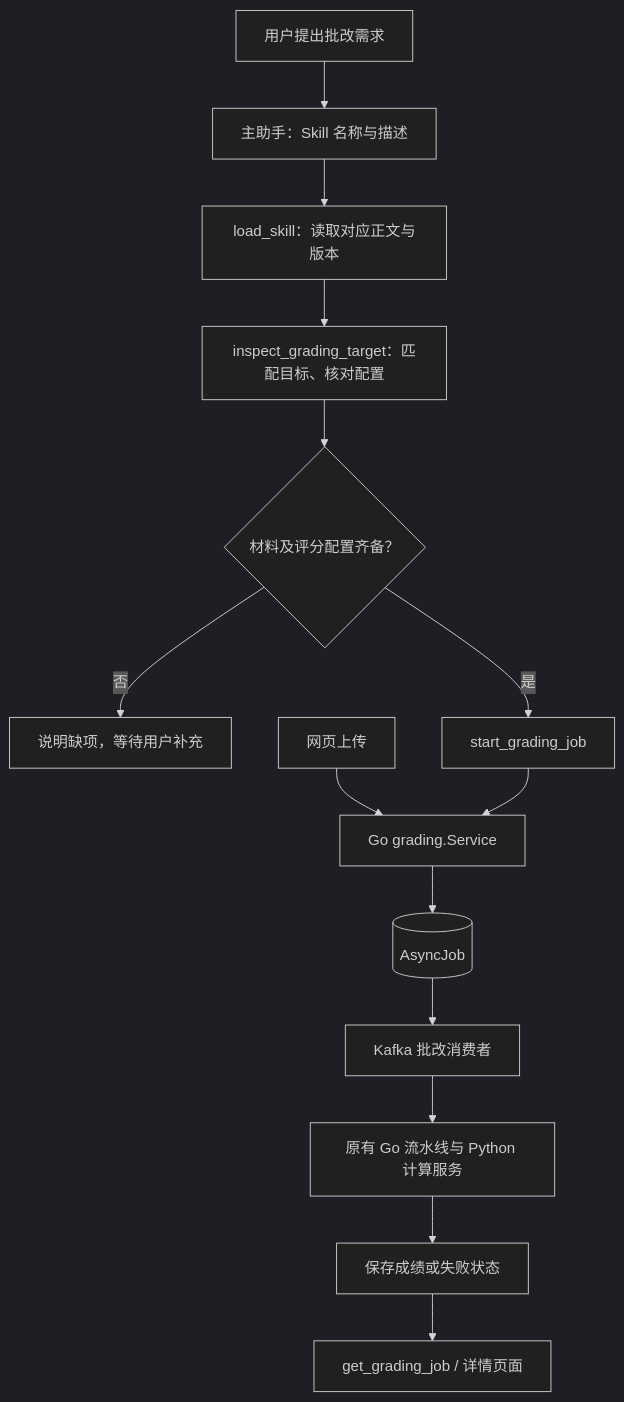
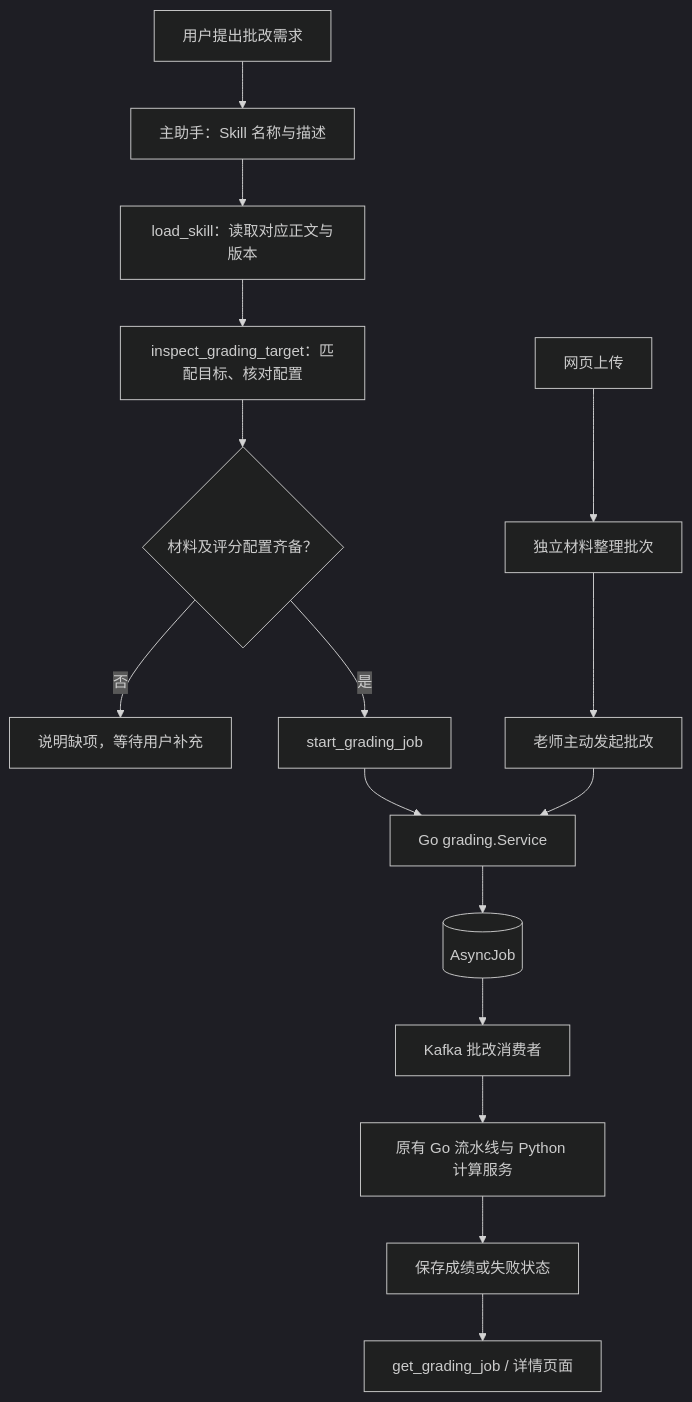
Before and after one commit to dddzzzq/LLM_TEACH_ASSISTANT: the diagram in docs/grading-skills.md, drawn with Mermaid (dark theme). The commit also changed other lines of this file and 120 other files, not shown here.

````diff
--- a/docs/grading-skills.md
+++ b/docs/grading-skills.md
@@ -7,16 +7,18 @@
 ```mermaid
 flowchart TD
     U[用户提出批改需求] --> A[主助手：Skill 名称与描述]
     A --> L[load_skill：读取对应正文与版本]
     L --> I[inspect_grading_target：匹配目标、核对配置]
     I --> C{材料及评分配置齐备？}
     C -->|否| H[说明缺项，等待用户补充]
     C -->|是| T[start_grading_job]
-    W[网页上传] --> S[Go grading.Service]
+    W[网页上传] --> M[独立材料整理批次]
+    M --> E[老师主动发起批改]
+    E --> S[Go grading.Service]
     T --> S
     S --> D[(AsyncJob)]
     D --> K[Kafka 批改消费者]
     K --> P[原有 Go 流水线与 Python 计算服务]
     P --> R[保存成绩或失败状态]
     R --> Q[get_grading_job / 详情页面]
 ```
````
